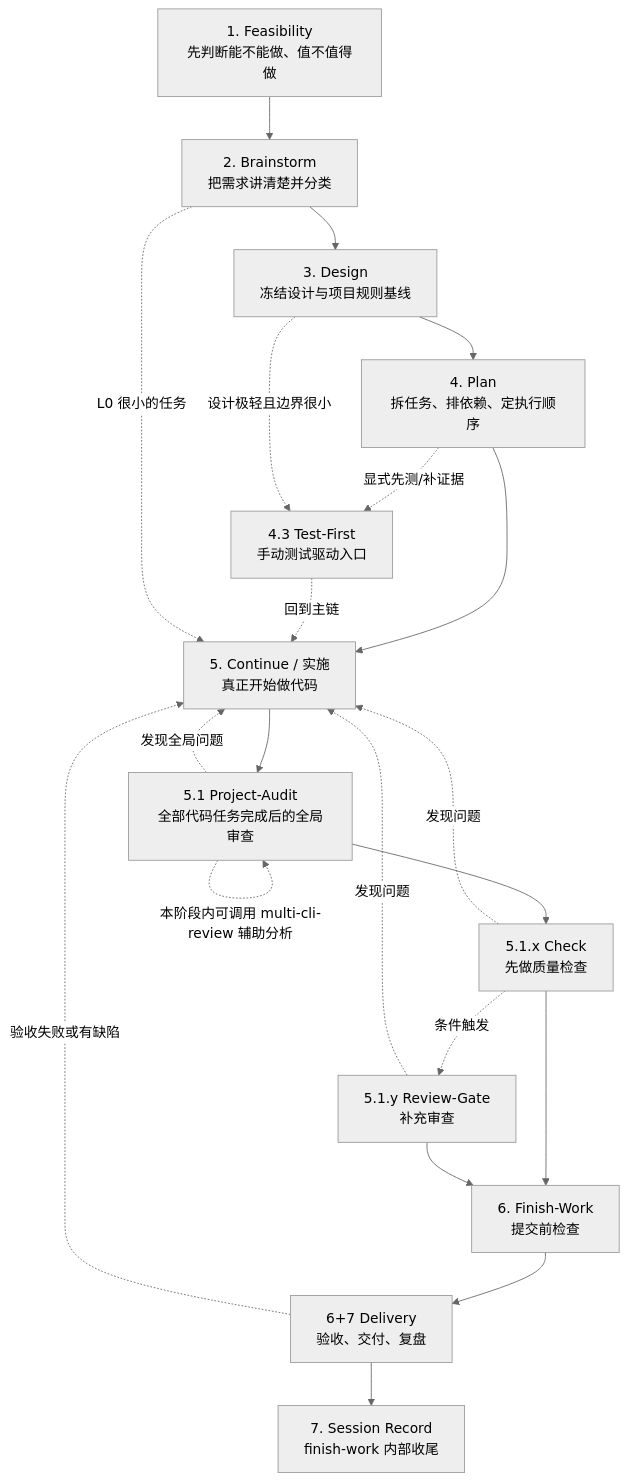
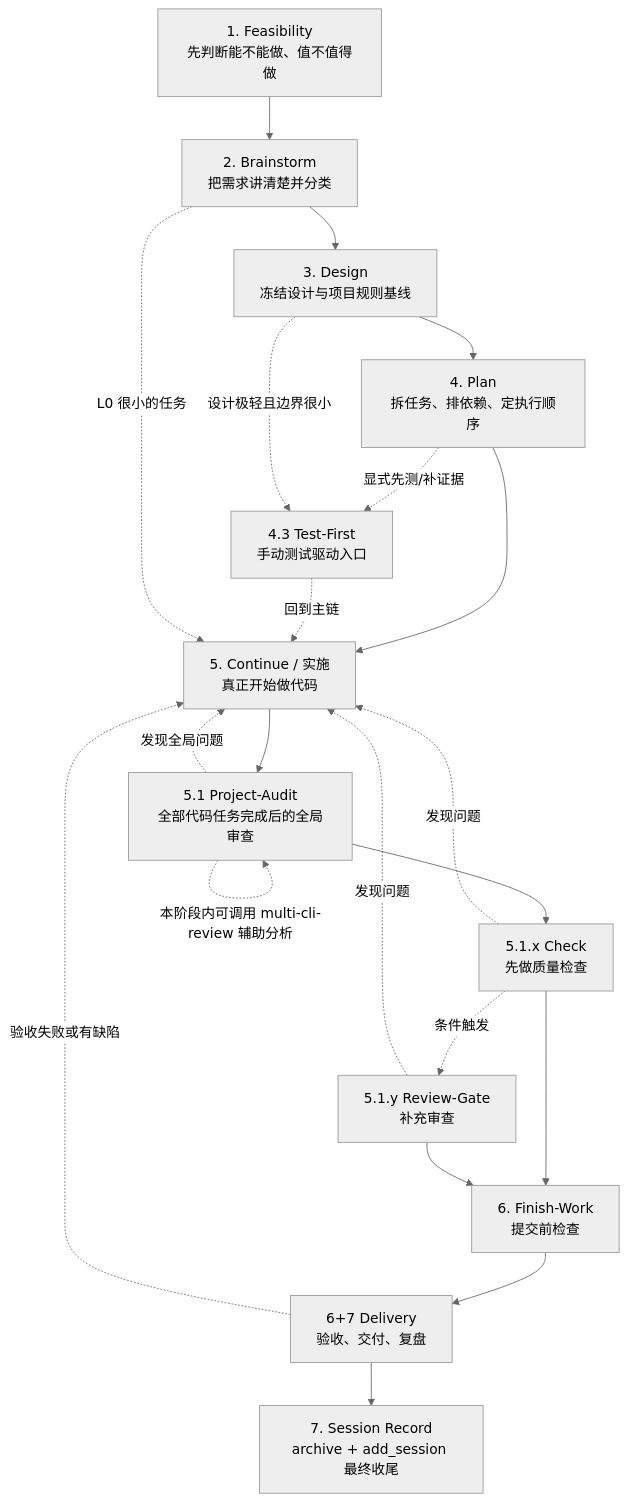
Before and after one commit to StarForAll/ai-coding-toolkit: the diagram in docs/workflows/新项目开发工作流/工作流全局流转说明（通俗版）.md, drawn with Mermaid (neutral theme). The commit also changed other lines of this file and 8 other files, not shown here.

````diff
--- a/docs/workflows/新项目开发工作流/工作流全局流转说明（通俗版）.md
+++ b/docs/workflows/新项目开发工作流/工作流全局流转说明（通俗版）.md
@@ -61,24 +61,24 @@
 ```mermaid
 flowchart TD
     A[1. Feasibility<br/>先判断能不能做、值不值得做] --> B[2. Brainstorm<br/>把需求讲清楚并分类]
     B --> C[3. Design<br/>冻结设计与项目规则基线]
     C --> D[4. Plan<br/>拆任务、排依赖、定执行顺序]
     D --> F[5. Continue / 实施<br/>真正开始做代码]
     D -. 显式先测/补证据 .-> E[4.3 Test-First<br/>手动测试驱动入口]
     E -. 回到主链 .-> F
     F --> G[5.1 Project-Audit<br/>全部代码任务完成后的全局审查]
     G --> H[5.1.x Check<br/>先做质量检查]
     H --> J[6. Finish-Work<br/>提交前检查]
     H -. 条件触发 .-> I[5.1.y Review-Gate<br/>补充审查]
     I --> J
     J --> K[6+7 Delivery<br/>验收、交付、复盘]
-    K --> L[7. Session Record<br/>finish-work 内部收尾]
+    K --> L[7. Session Record<br/>archive + add_session 最终收尾]
 
     B -. L0 很小的任务 .-> F
     C -. 设计极轻且边界很小 .-> E
     G -. 发现全局问题 .-> F
     G -. 本阶段内可调用 multi-cli-review 辅助分析 .-> G
     H -. 发现问题 .-> F
     I -. 发现问题 .-> F
     K -. 验收失败或有缺陷 .-> F
 ```
````
